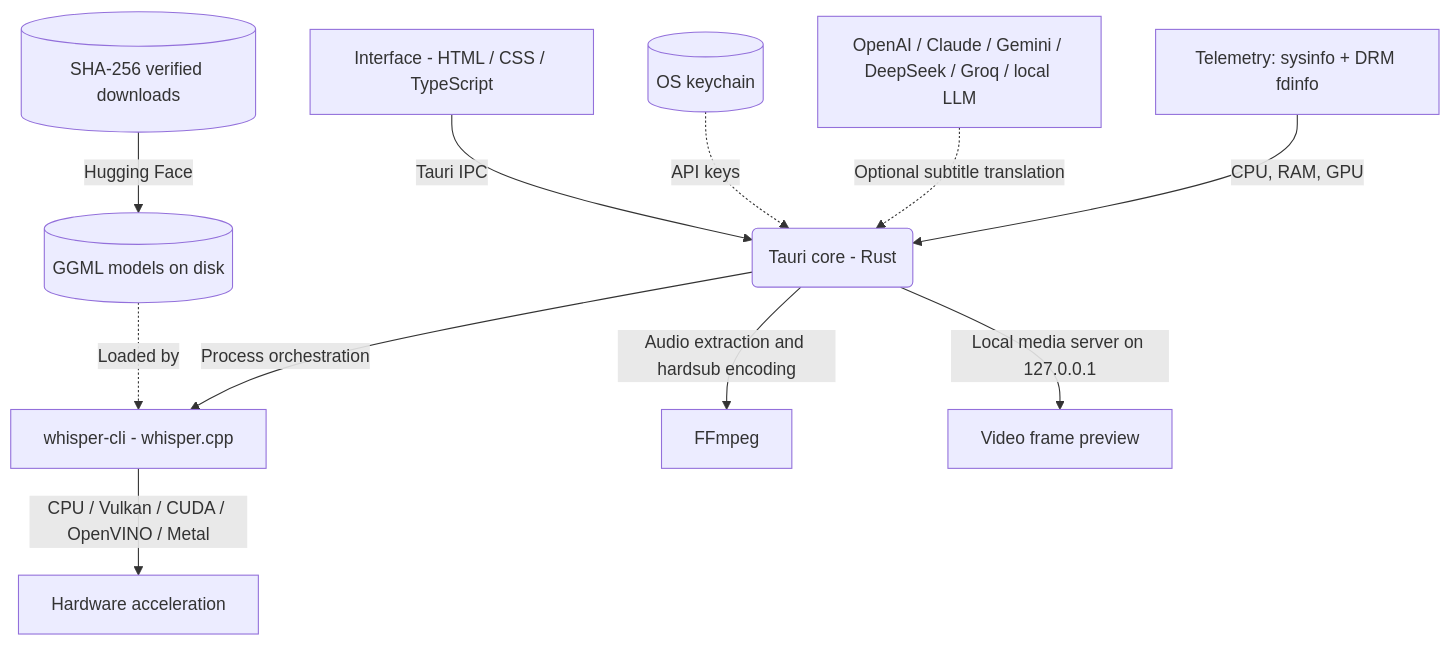
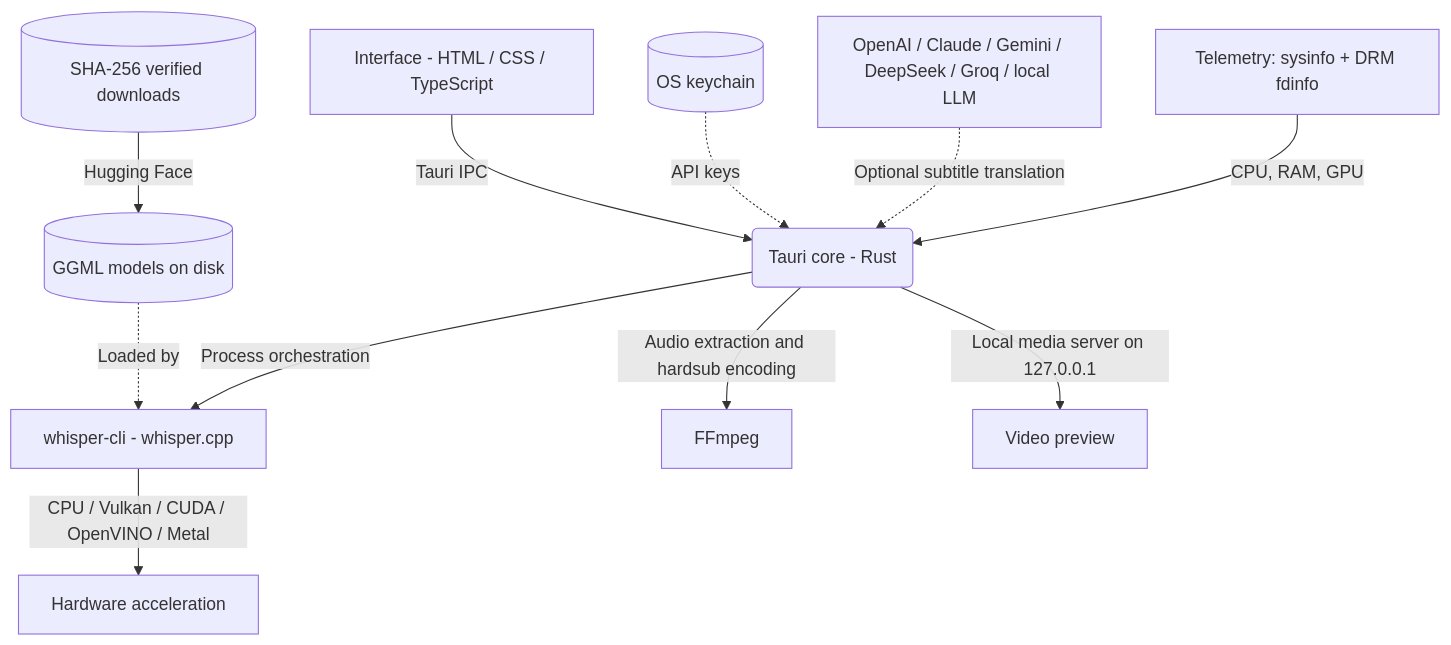
The diagram in README.md (AtomicError/whisper-desktop), drawn with Mermaid before and after one commit. The commit also changed other lines of this file and 25 other files, not shown here.

````diff
--- a/README.md
+++ b/README.md
@@ -409,13 +409,13 @@
 ```mermaid
 graph TD
     A[Interface - HTML / CSS / TypeScript] -->|Tauri IPC| B(Tauri core - Rust)
     B -->|Process orchestration| C[whisper-cli - whisper.cpp]
     B -->|Audio extraction and hardsub encoding| G[FFmpeg]
-    B -->|Local media server on 127.0.0.1| K[Video frame preview]
+    B -->|Local media server on 127.0.0.1| K[Video preview]
     C -->|CPU / Vulkan / CUDA / OpenVINO / Metal| E[Hardware acceleration]
     F[(GGML models on disk)] -.->|Loaded by| C
     D[(SHA-256 verified downloads)] -->|Hugging Face| F
     I[(OS keychain)] -.->|API keys| B
     J[OpenAI / Claude / Gemini / DeepSeek / Groq / local LLM] -.->|Optional subtitle translation| B
     L[Telemetry: sysinfo + DRM fdinfo] -->|CPU, RAM, GPU| B
 ```
````
